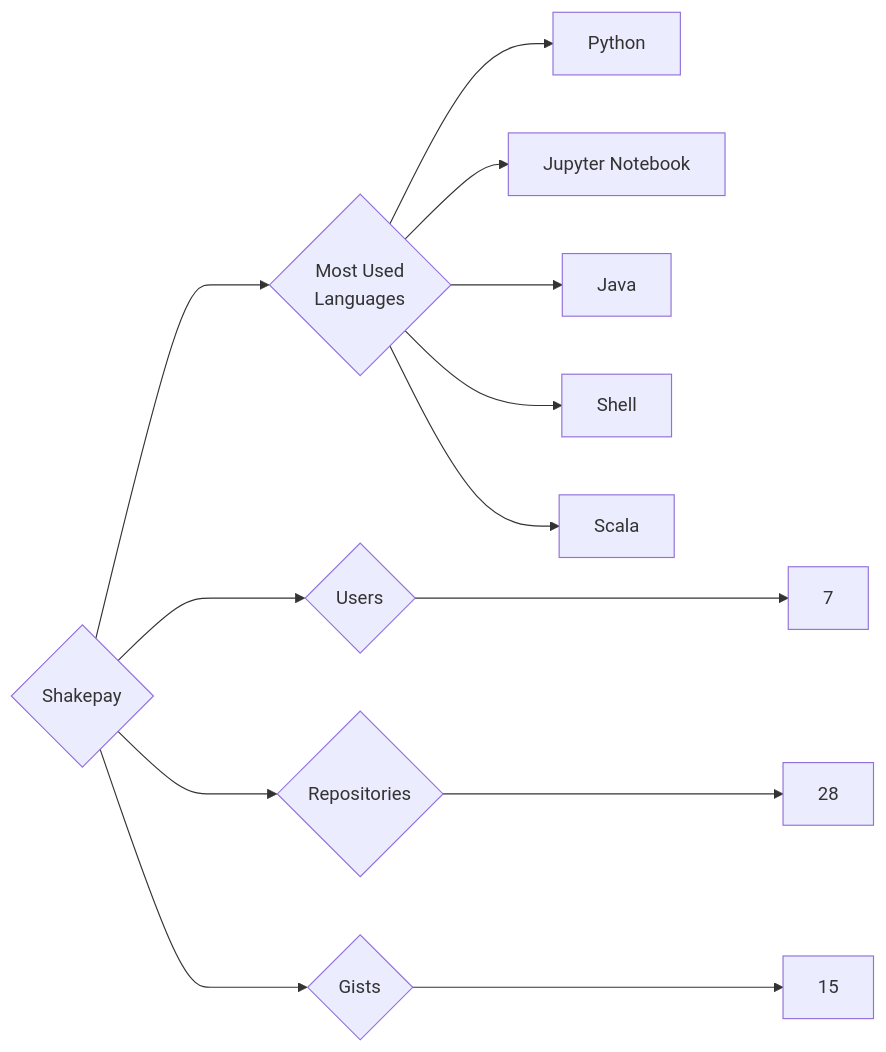
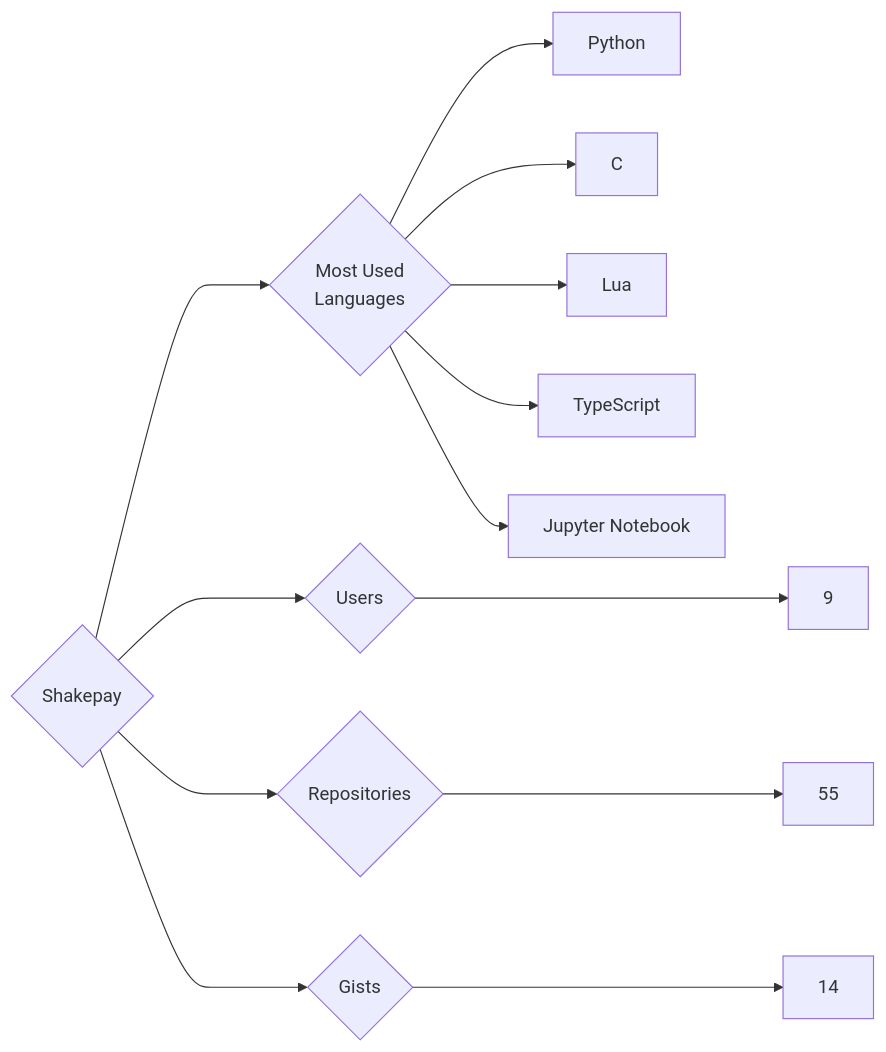
The diagram in targets/Shakepay/README.md (trickest/insiders), drawn with Mermaid before and after one commit. The commit also changed 1496 other files, not shown here.

````diff
--- a/targets/Shakepay/README.md
+++ b/targets/Shakepay/README.md
@@ -3,13 +3,13 @@
 ```mermaid
 graph LR
 COMPANY_NAME{Shakepay}
-COMPANY_NAME ---> U{Users} ---> UN[7]
-COMPANY_NAME ---> R{Repositories} ---> RN[28]
-COMPANY_NAME ---> G{Gists} ---> GN[15]
+COMPANY_NAME ---> U{Users} ---> UN[9]
+COMPANY_NAME ---> R{Repositories} ---> RN[55]
+COMPANY_NAME ---> G{Gists} ---> GN[14]
 COMPANY_NAME ---> ML{Most Used<br>Languages}
 ML --> Python[Python]
+ML --> C[C]
+ML --> Lua[Lua]
+ML --> TypeScript[TypeScript]
 ML --> Jupyter_Notebook[Jupyter Notebook]
-ML --> Java[Java]
-ML --> Shell[Shell]
-ML --> Scala[Scala]
 ```
````
